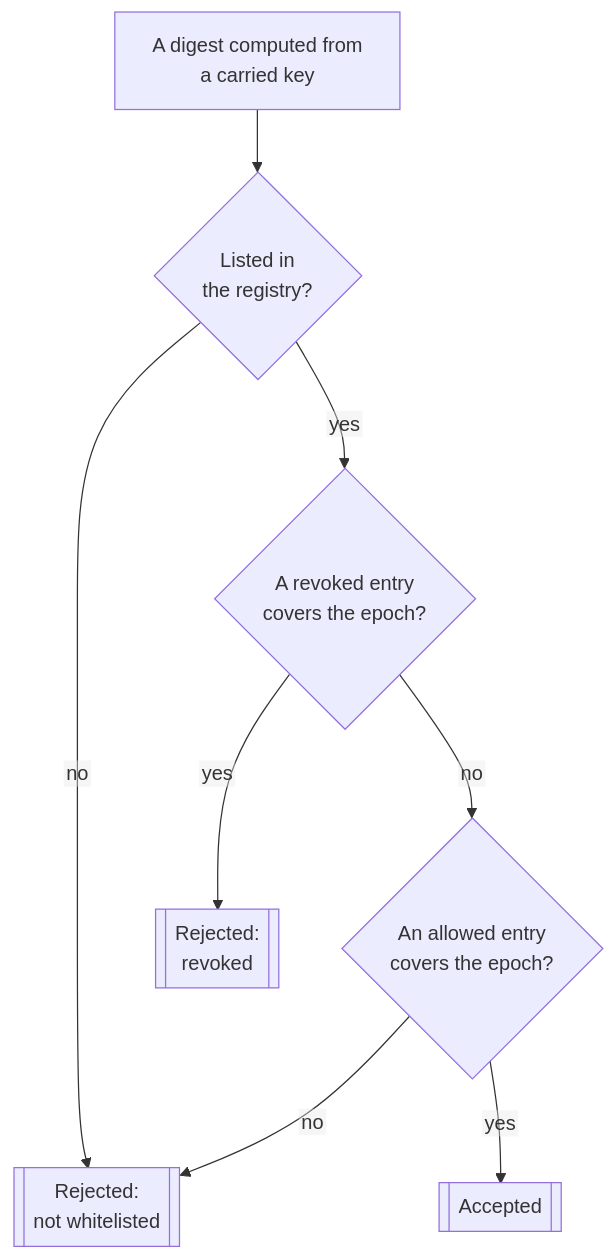
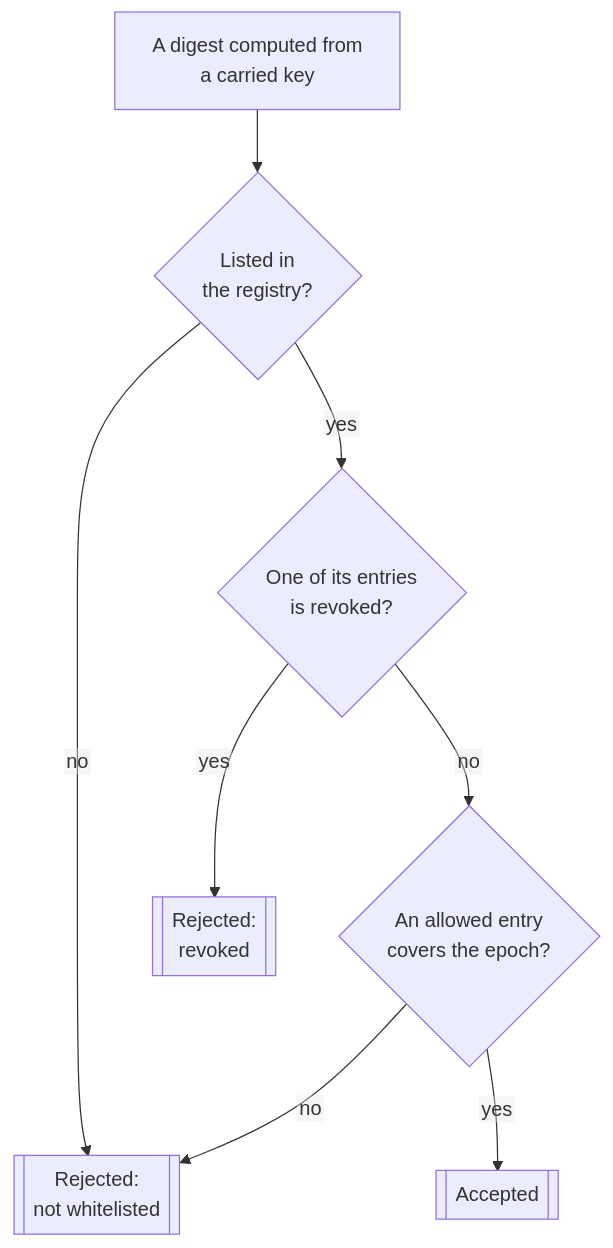
Before and after one commit to HusseinAdeiza/mithril: the eighth of 13 diagrams in mithril-stm/SNARK.md, drawn with Mermaid. The commit also changed other lines of this file, not shown here.

````diff
--- a/mithril-stm/SNARK.md
+++ b/mithril-stm/SNARK.md
@@ -1096,19 +1091,19 @@
 ```mermaid
 %%{init: {"flowchart": {"htmlLabels": false, "wrappingWidth": 400}}}%%
 flowchart TD
     D["A digest computed from<br/>a carried key"]
     E{"Listed in<br/>the registry?"}
-    R{"A revoked entry<br/>covers the epoch?"}
+    R{"One of its entries<br/>is revoked?"}
     C{"An allowed entry<br/>covers the epoch?"}
     OK[["Accepted"]]
     N1[["Rejected:<br/>not whitelisted"]]
     N2[["Rejected:<br/>revoked"]]
 
     D --> E
     E -->|no| N1
     E -->|yes| R
     R -->|yes| N2
     R -->|no| C
     C -->|no| N1
     C -->|yes| OK
 ```
````
